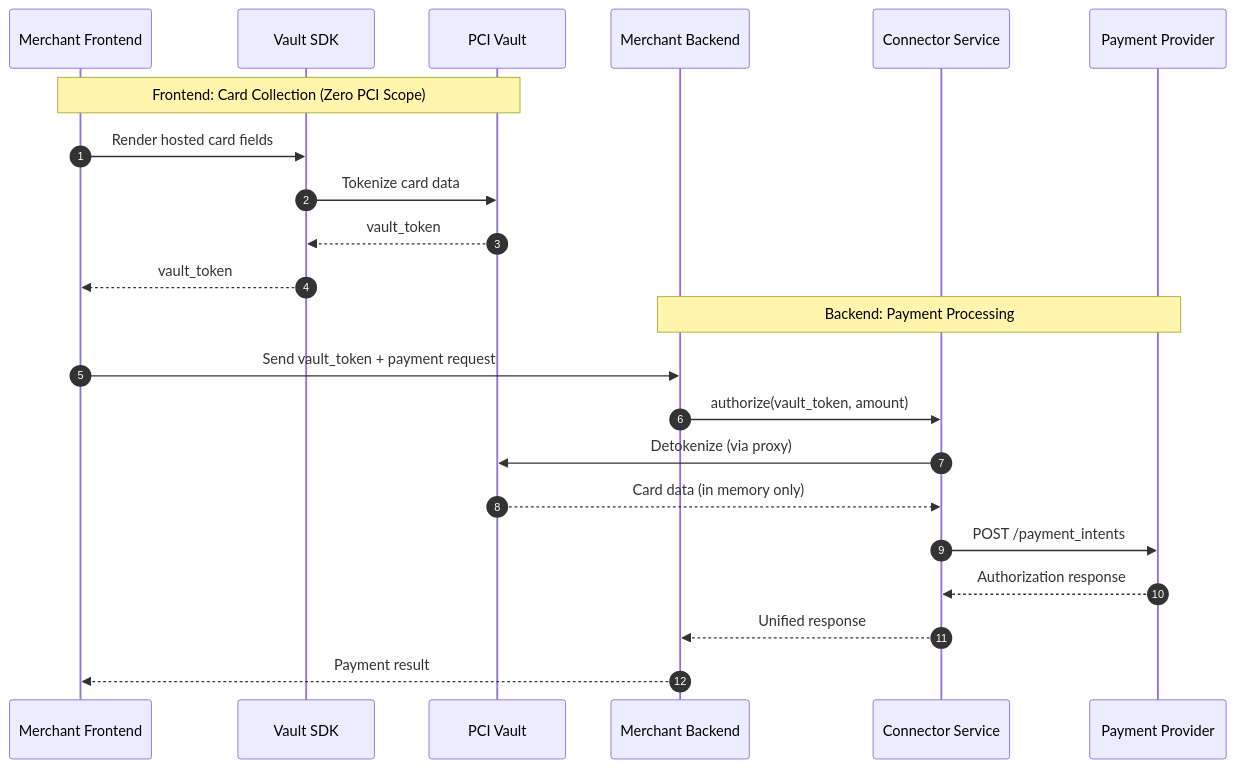
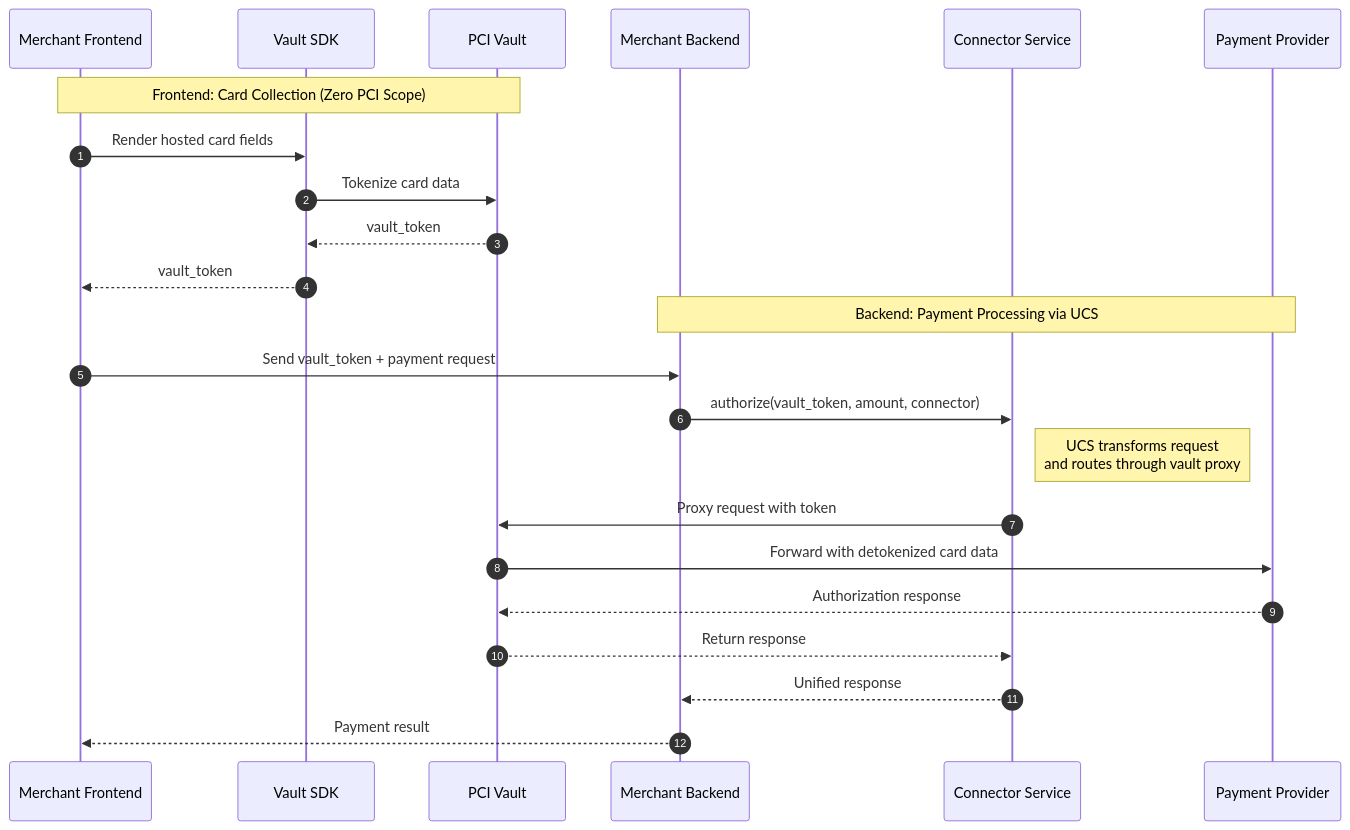
One commit to juspay/connector-service changed the second of 2 diagrams in docs/pci-compliance/README.md. Above: the diagram before and after it, drawn with Mermaid. The commit also changed other lines of this file and 4 other files, not shown here.

````diff
--- a/docs/pci-compliance/README.md
+++ b/docs/pci-compliance/README.md
@@ -94,26 +93,27 @@
 ```mermaid
 sequenceDiagram
     autonumber
     participant FE as Merchant Frontend
     participant VSDK as Vault SDK
     participant Vault as PCI Vault
     participant BE as Merchant Backend
     participant connector-service as Connector Service
     participant PSP as Payment Provider
 
     Note over FE,Vault: Frontend: Card Collection (Zero PCI Scope)
     FE->>VSDK: Render hosted card fields
     VSDK->>Vault: Tokenize card data
     Vault-->>VSDK: vault_token
     VSDK-->>FE: vault_token
 
-    Note over BE,PSP: Backend: Payment Processing
+    Note over BE,PSP: Backend: Payment Processing via UCS
     FE->>BE: Send vault_token + payment request
-    BE->>connector-service: authorize(vault_token, amount)
-    connector-service->>Vault: Detokenize (via proxy)
-    Vault-->>connector-service: Card data (in memory only)
-    connector-service->>PSP: POST /payment_intents
-    PSP-->>connector-service: Authorization response
+    BE->>connector-service: authorize(vault_token, amount, connector)
+    Note right of connector-service: UCS transforms request<br/>and routes through vault proxy
+    connector-service->>Vault: Proxy request with token
+    Vault->>PSP: Forward with detokenized card data
+    PSP-->>Vault: Authorization response
+    Vault-->>connector-service: Return response
     connector-service-->>BE: Unified response
     BE-->>FE: Payment result
 ```
````
